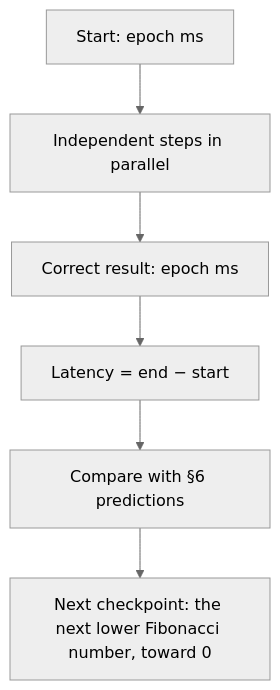
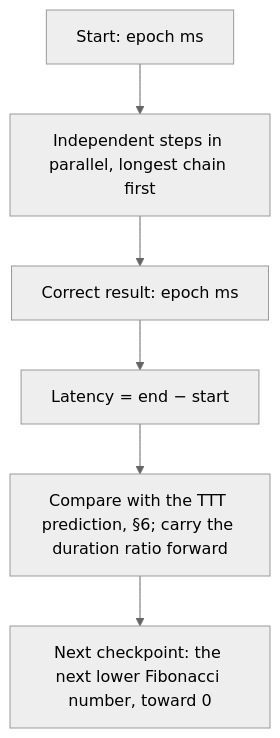
One commit to SolenixAI/arbiter changed the eighth of 14 diagrams in AGENTS.md. Above: the diagram before and after it, drawn with Mermaid (neutral theme). The commit also changed other lines of this file, not shown here.

First line of the commit message:
docs(agents): section 7 measures, calibrates, shortens the longest chain (#19)

````diff
--- a/AGENTS.md
+++ b/AGENTS.md
@@ -330,4 +328,5 @@
 ```mermaid
 flowchart TD
-  S[Start: epoch ms] --> P[Independent steps in parallel] --> R[Correct result: epoch ms] --> L[Latency = end − start] --> CP[Compare with §6 predictions] --> FB[Next checkpoint: the next lower Fibonacci number, toward 0]
+  S["Start: epoch ms"] --> P["Independent steps in parallel, longest chain first"] --> R["Correct result: epoch ms"] --> L["Latency = end − start"]
+  L --> C["Compare with the TTT prediction, §6; carry the duration ratio forward"] --> FB["Next checkpoint: the next lower Fibonacci number, toward 0"]
 ```
````
